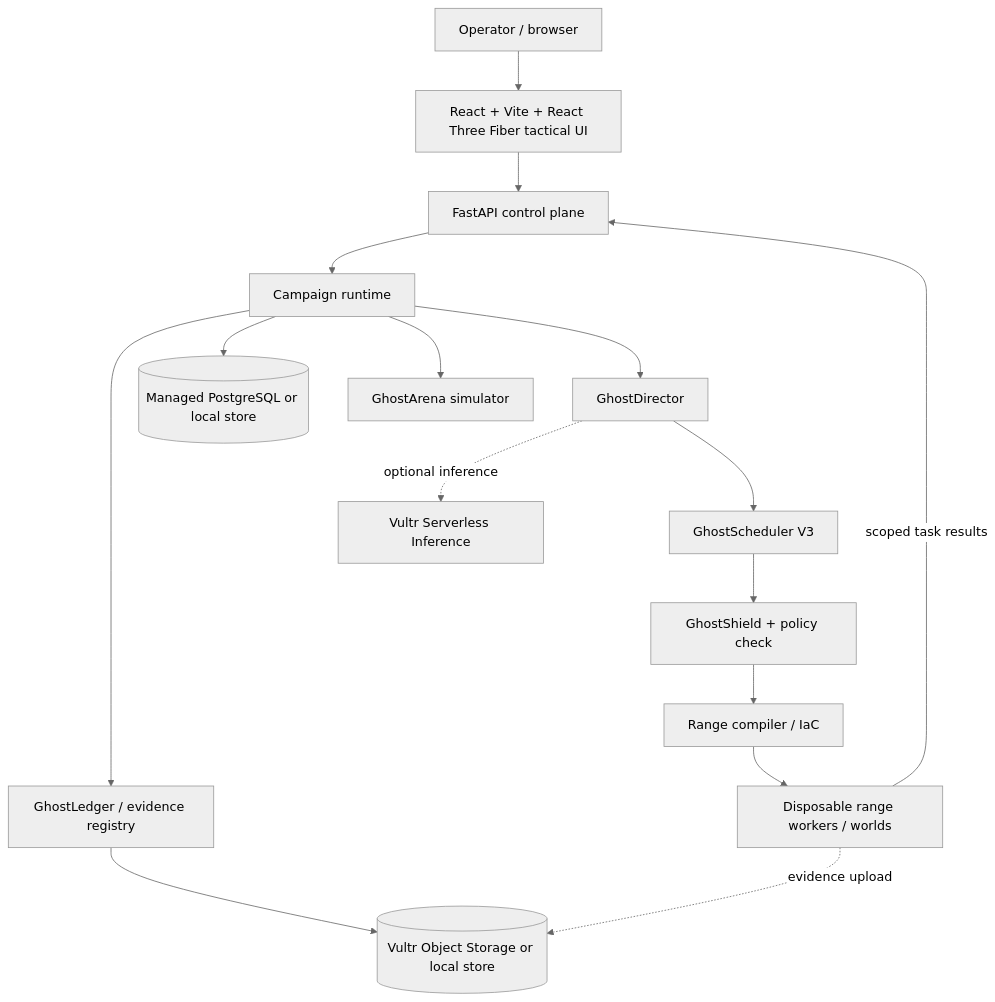
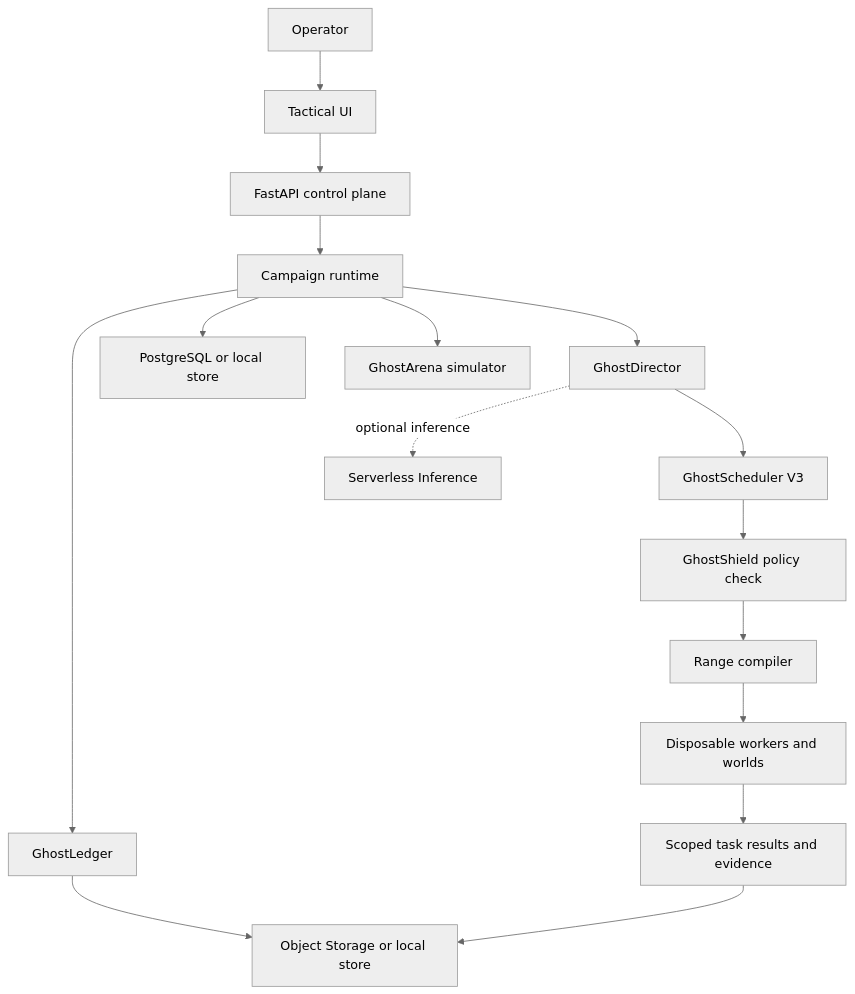
Before and after one commit to chetas1208/GhostRange: the fourth of 8 diagrams in README.md, drawn with Mermaid (neutral theme). The commit also changed other lines of this file and 9 other files, not shown here.

````diff
--- a/README.md
+++ b/README.md
@@ -157,28 +151,18 @@
 ```mermaid
-flowchart TB
-    U[Operator / browser]
-    W[React + Vite + React Three Fiber tactical UI]
-    API[FastAPI control plane]
-    CAM[Campaign runtime]
-    DIR[GhostDirector]
-    SCH[GhostScheduler V3]
-    SH[GhostShield + policy check]
-    RC[Range compiler / IaC]
-    WORK[Disposable range workers / worlds]
-    INF[Vultr Serverless Inference]
-    PG[(Managed PostgreSQL or local store)]
-    OBJ[(Vultr Object Storage or local store)]
-    LED[GhostLedger / evidence registry]
-    ARENA[GhostArena simulator]
-
-    U --> W --> API
-    API --> CAM
-    CAM --> DIR --> SCH
-    SCH --> SH --> RC --> WORK
-    DIR -. optional inference .-> INF
-    CAM --> LED --> OBJ
-    CAM --> PG
-    CAM --> ARENA
-    WORK -->|scoped task results| API
-    WORK -. evidence upload .-> OBJ
+flowchart TD
+    U["Operator"] --> W["Tactical UI"]
+    W --> API["FastAPI control plane"]
+    API --> CAM["Campaign runtime"]
+    CAM --> DIR["GhostDirector"]
+    DIR --> SCH["GhostScheduler V3"]
+    SCH --> SH["GhostShield policy check"]
+    SH --> RC["Range compiler"]
+    RC --> WORK["Disposable workers and worlds"]
+    DIR -.->|"optional inference"| INF["Serverless Inference"]
+    CAM --> LED["GhostLedger"]
+    LED --> OBJ["Object Storage or local store"]
+    CAM --> PG["PostgreSQL or local store"]
+    CAM --> ARENA["GhostArena simulator"]
+    WORK --> EXP["Scoped task results and evidence"]
+    EXP --> OBJ
 ```
````
